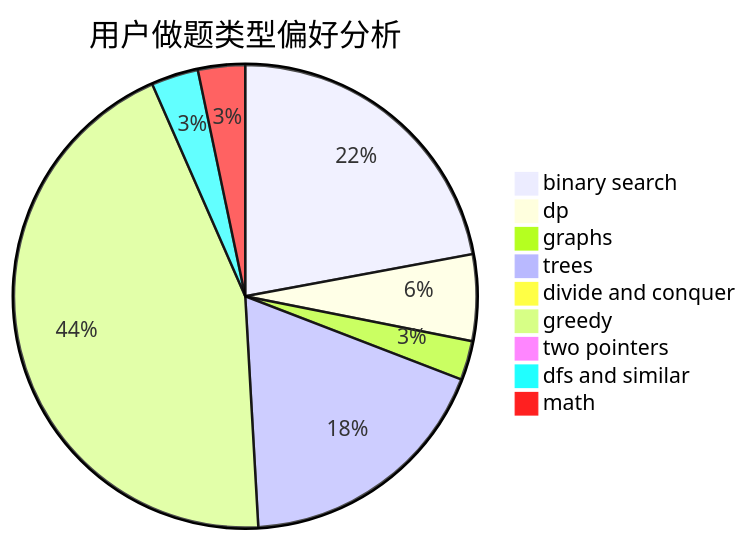
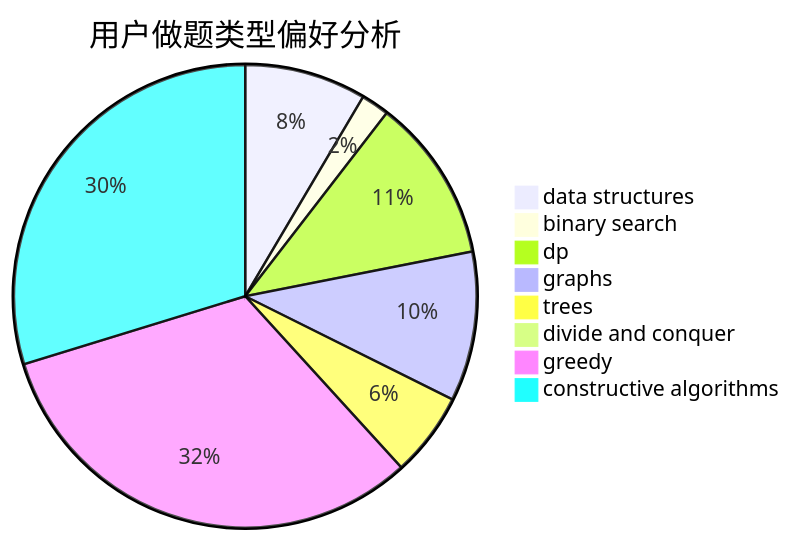
One commit to sherpahu/cfrs.github.io changed the second of 3 diagrams in docs/user/u1376.md. Above: the diagram before and after it, drawn with Mermaid. The commit also changed other lines of this file and 2775 other files, not shown here.

````diff
--- a/docs/user/u1376.md
+++ b/docs/user/u1376.md
@@ -23,12 +23,11 @@
 ```mermaid
 pie title 用户做题类型偏好分析
-    "binary search" :  282
-    "dp" :  77
-    "graphs" :  35
-    "trees" :  233
+    "data structures" :  26
+    "binary search" :  6
+    "dp" :  35
+    "graphs" :  32
+    "trees" :  18
     "divide and conquer" :  0
-    "greedy" :  566
-    "two pointers" :  0
-    "dfs and similar" :  42
-    "math" :  42
+    "greedy" :  98
+    "constructive algorithms" :  91
 ```
````
